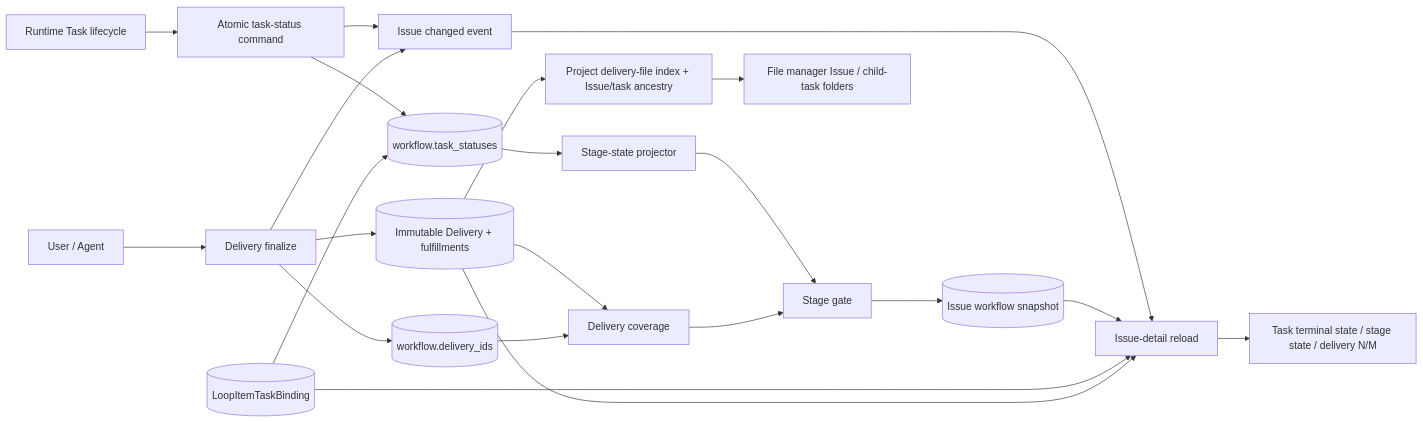
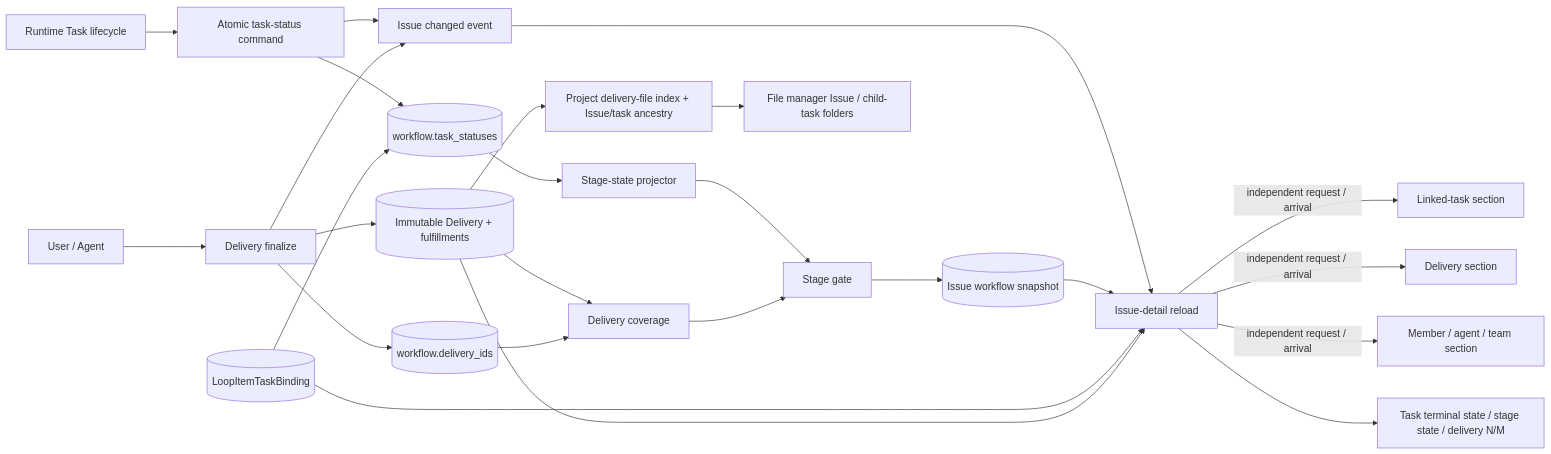
The first of 2 diagrams in docs/architecture/issue-runtime-delivery-projection.md (wecode-ai/wegent-docs), drawn with Mermaid before and after one commit. The commit also changed other lines of this file and 1 other file, not shown here.

````diff
--- a/docs/architecture/issue-runtime-delivery-projection.md
+++ b/docs/architecture/issue-runtime-delivery-projection.md
@@ -9,28 +9,31 @@
 ```mermaid
 flowchart LR
     RUNTIME[Runtime Task lifecycle] --> STATUS_API[Atomic task-status command]
     STATUS_API --> TASK_TRUTH[(workflow.task_statuses)]
     BINDING[(LoopItemTaskBinding)] --> TASK_TRUTH
     TASK_TRUTH --> PROJECTOR[Stage-state projector]
 
     AGENT[User / Agent] --> DELIVERY_API[Delivery finalize]
     DELIVERY_API --> DELIVERY[(Immutable Delivery + fulfillments)]
     DELIVERY_API --> NODE_DELIVERIES[(workflow.delivery_ids)]
     DELIVERY --> COVERAGE[Delivery coverage]
     NODE_DELIVERIES --> COVERAGE
 
     PROJECTOR --> GATE[Stage gate]
     COVERAGE --> GATE
     GATE --> ISSUE[(Issue workflow snapshot)]
 
     STATUS_API --> EVENT[Issue changed event]
     DELIVERY_API --> EVENT
     EVENT --> DETAIL[Issue-detail reload]
     ISSUE --> DETAIL
     BINDING --> DETAIL
     DELIVERY --> DETAIL
+    DETAIL -->|independent request / arrival| BINDING_VIEW[Linked-task section]
+    DETAIL -->|independent request / arrival| DELIVERY_VIEW[Delivery section]
+    DETAIL -->|independent request / arrival| DIRECTORY_VIEW[Member / agent / team section]
     DETAIL --> VIEW[Task terminal state / stage state / delivery N/M]
 
     DELIVERY --> FILE_INDEX[Project delivery-file index + Issue/task ancestry]
     FILE_INDEX --> FILE_VIEW[File manager Issue / child-task folders]
 ```
````
